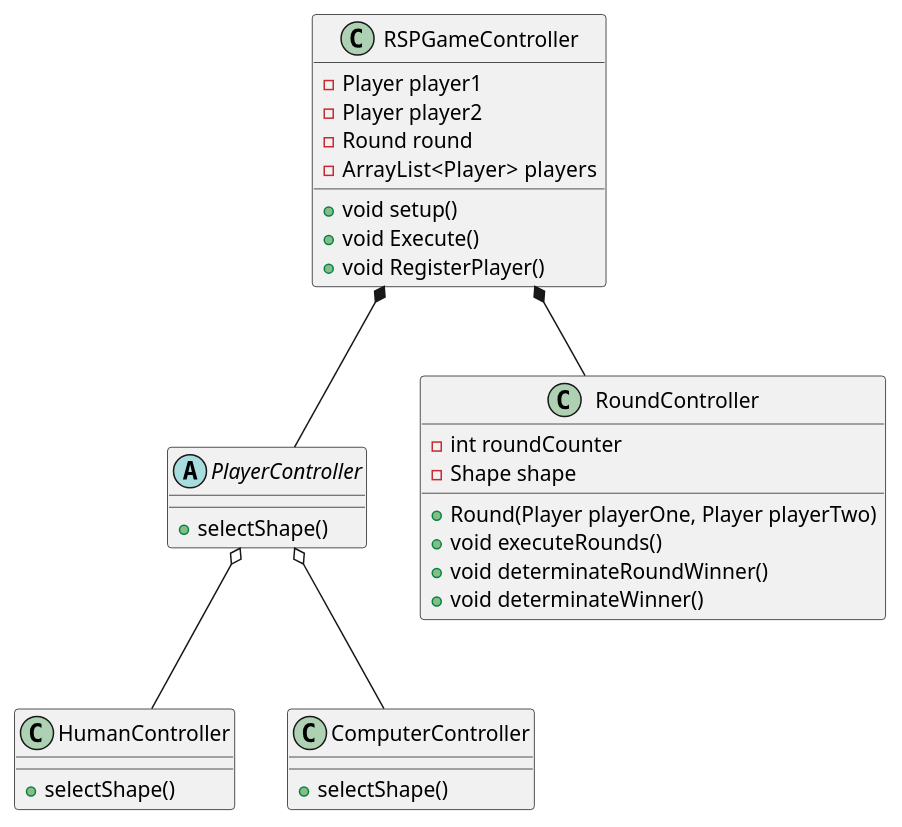
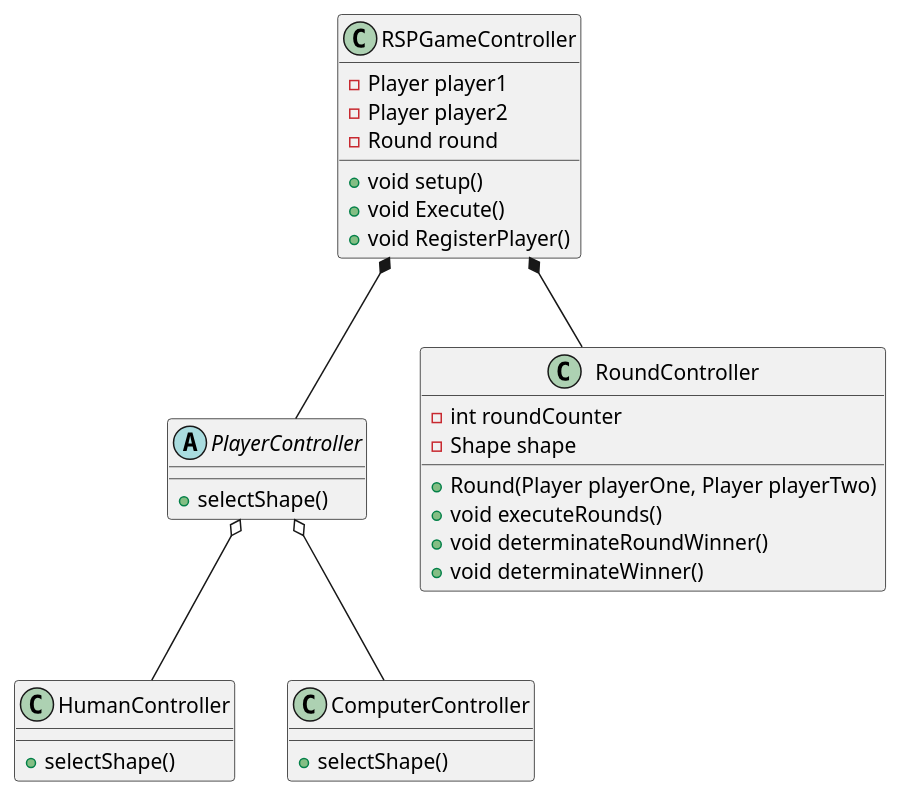
One commit to andrescordovatelus/RockPaperScissor-MVC changed the diagram in docs/rsp-controller.wsd. Above: the diagram before and after it, drawn with PlantUML. The commit also changed 5 other files, not shown here.

```diff
--- a/docs/rsp-controller.wsd
+++ b/docs/rsp-controller.wsd
@@ -1,40 +1,39 @@
 @startuml rsp-controller
 class RSPGameController{
     -Player player1
     -Player player2
     -Round round
-    -ArrayList<Player>  players
 
     +void setup()
     +void Execute()
     +void RegisterPlayer()
 }
 
 abstract class PlayerController{
     +selectShape()
 }
 
 
 class RoundController{
     -int roundCounter
     -Shape shape
 
     +Round(Player playerOne, Player playerTwo)
     +void executeRounds()
     +void determinateRoundWinner()
     +void determinateWinner()
 }
 
 class HumanController{
     +selectShape()
 }
 
 class ComputerController{
     +selectShape()
 }
 
 RSPGameController *-- PlayerController
 RSPGameController *-- RoundController
 PlayerController o-- HumanController
 PlayerController o-- ComputerController
 @enduml
```
